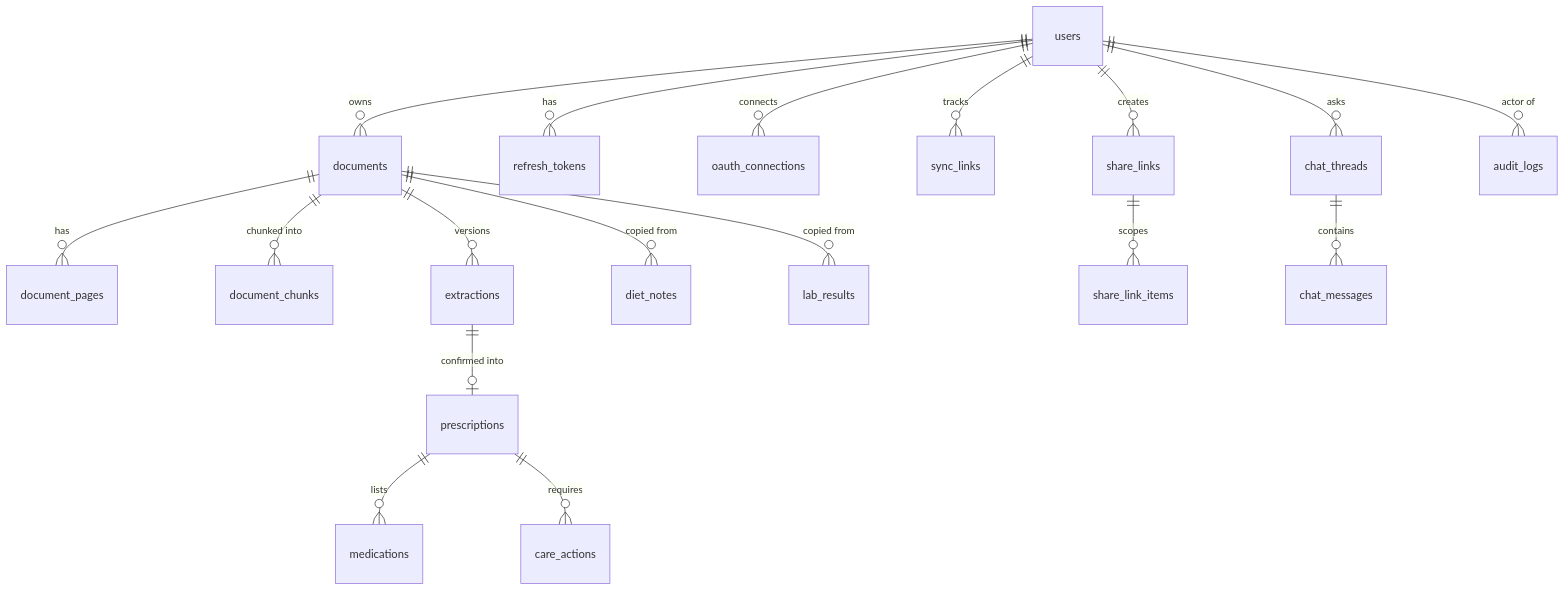
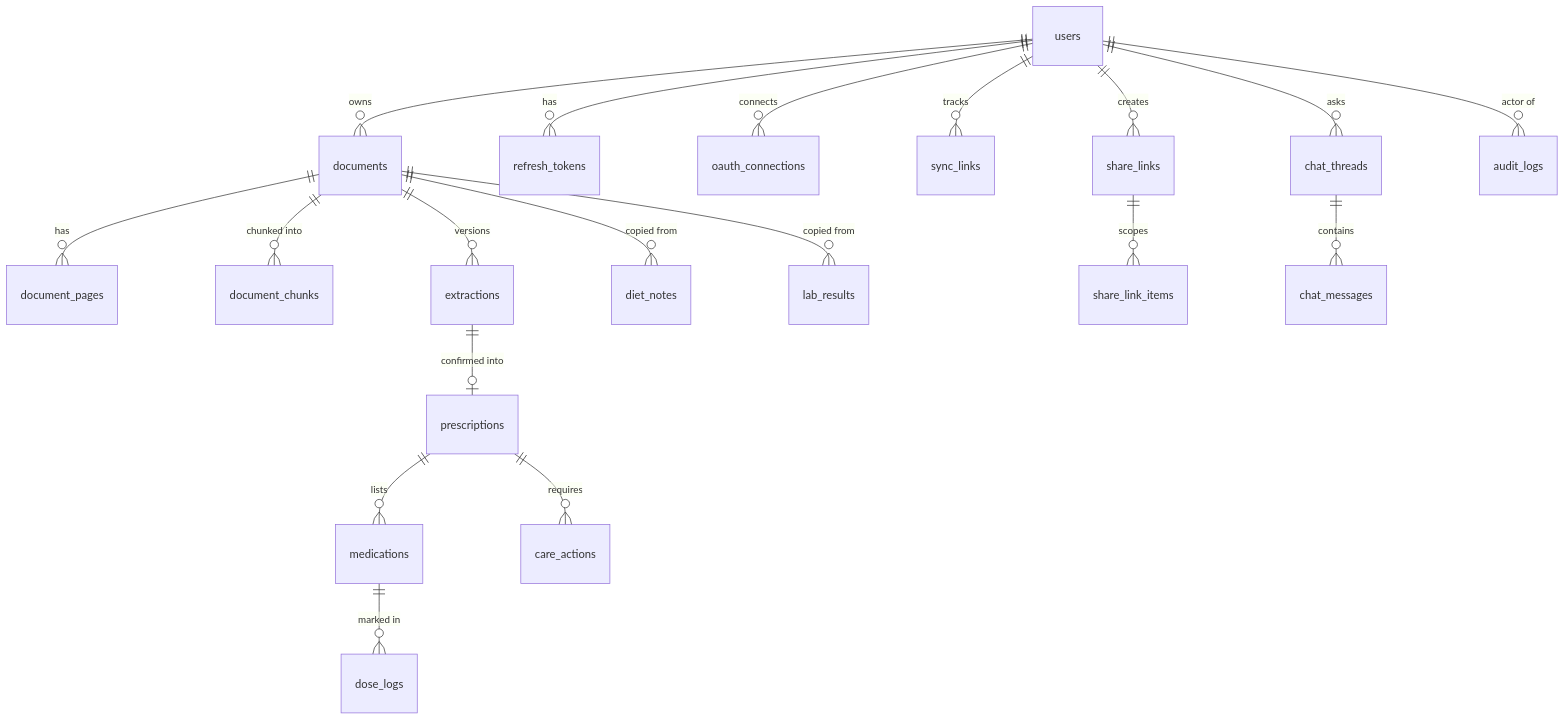
One commit to SriramWorkSpace/MedSpace-Healthcare changed the fourth of 4 diagrams in docs/architecture.md. Above: the diagram before and after it, drawn with Mermaid. The commit also changed other lines of this file and 43 other files, not shown here.

````diff
--- a/docs/architecture.md
+++ b/docs/architecture.md
@@ -218,20 +219,21 @@
 ```mermaid
 erDiagram
   users ||--o{ documents : owns
   users ||--o{ refresh_tokens : has
   documents ||--o{ document_pages : has
   documents ||--o{ document_chunks : "chunked into"
   documents ||--o{ extractions : "versions"
   extractions ||--o| prescriptions : "confirmed into"
   prescriptions ||--o{ medications : lists
+  medications ||--o{ dose_logs : "marked in"
   prescriptions ||--o{ care_actions : requires
   documents ||--o{ diet_notes : "copied from"
   documents ||--o{ lab_results : "copied from"
   users ||--o{ oauth_connections : connects
   users ||--o{ sync_links : tracks
   users ||--o{ share_links : creates
   share_links ||--o{ share_link_items : scopes
   users ||--o{ chat_threads : asks
   chat_threads ||--o{ chat_messages : contains
   users ||--o{ audit_logs : "actor of"
 ```
````
